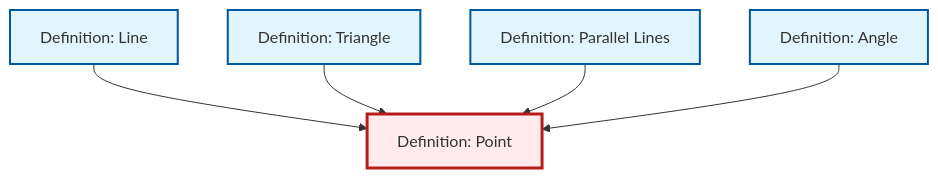
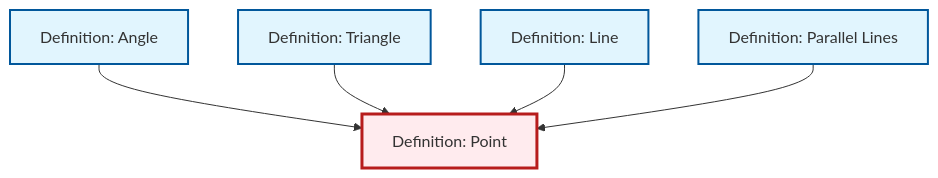
The diagram in content/en/geometry/def-point.qmd (RK0429/ModernMath), drawn with Mermaid before and after one commit. The commit also changed other lines of this file and 360 other files, not shown here.

````diff
--- a/content/en/geometry/def-point.qmd
+++ b/content/en/geometry/def-point.qmd
@@ -39,23 +39,23 @@
 ```{mermaid}
 %%| fig-cap: "Local dependency graph"
 graph TD
     classDef definition fill:#e1f5fe,stroke:#01579b,stroke-width:2px
     classDef theorem fill:#f3e5f5,stroke:#4a148c,stroke-width:2px
     classDef axiom fill:#fff3e0,stroke:#e65100,stroke-width:2px
     classDef example fill:#e8f5e9,stroke:#1b5e20,stroke-width:2px
     classDef current fill:#ffebee,stroke:#b71c1c,stroke-width:3px
+    def-angle["Definition: Angle"]:::definition
+    def-triangle["Definition: Triangle"]:::definition
     def-parallel["Definition: Parallel Lines"]:::definition
     def-point["Definition: Point"]:::definition
     def-line["Definition: Line"]:::definition
-    def-angle["Definition: Angle"]:::definition
-    def-triangle["Definition: Triangle"]:::definition
+    def-angle --> def-point
+    def-triangle --> def-point
     def-line --> def-point
-    def-triangle --> def-point
     def-parallel --> def-point
-    def-angle --> def-point
     class def-point current
+    click def-angle "def-angle.html" "Go to Angle definition"
+    click def-triangle "def-triangle.html" "Go to Triangle definition"
     click def-parallel "def-parallel.html" "Go to Parallel Lines definition"
     click def-line "def-line.html" "Go to Line definition"
-    click def-angle "def-angle.html" "Go to Angle definition"
-    click def-triangle "def-triangle.html" "Go to Triangle definition"
 ```
````
